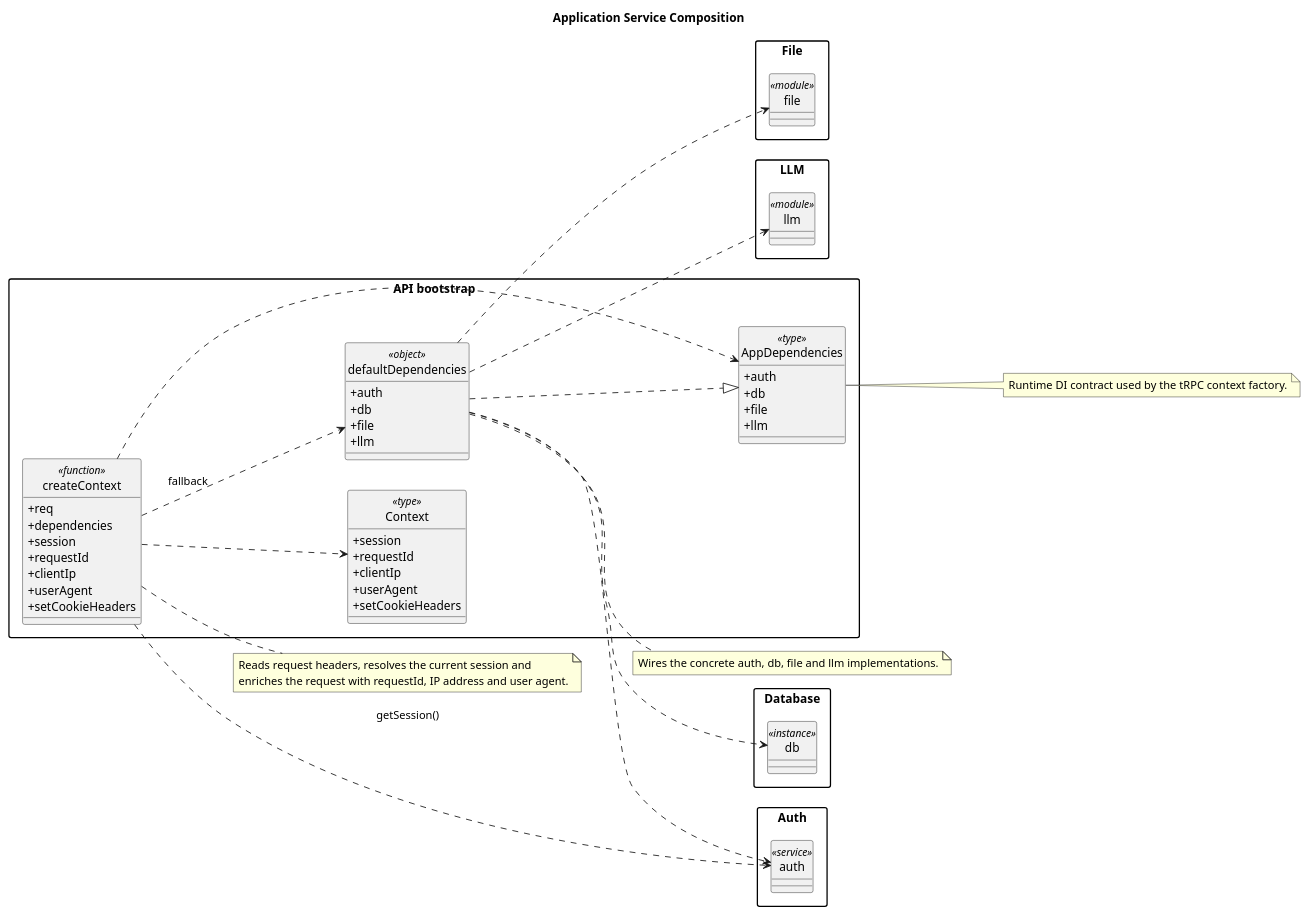
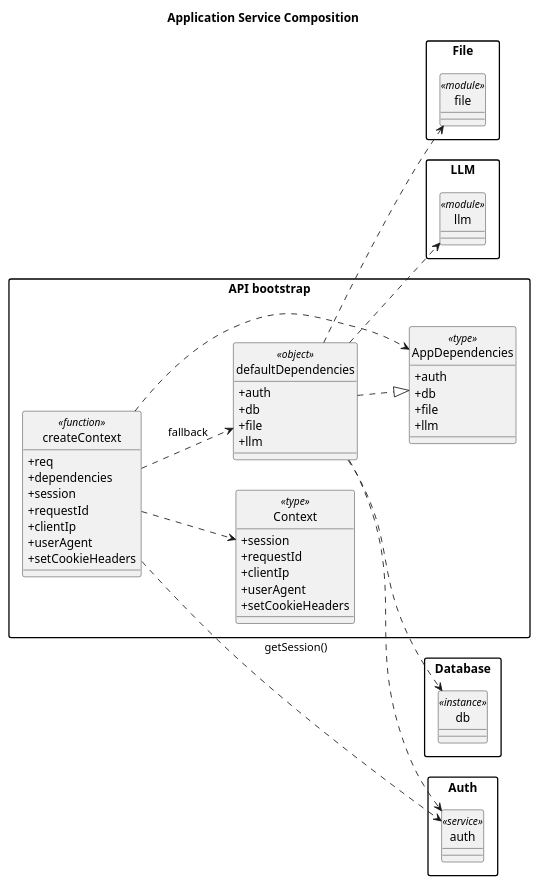
One commit to nifle3/diplom_work changed the diagram in docs/classDIagram/03_service_dependencies.puml. Above: the diagram before and after it, drawn with PlantUML. The commit also changed 6 other files, not shown here.

Commit message:
update class diagramm

```diff
--- a/docs/classDIagram/03_service_dependencies.puml
+++ b/docs/classDIagram/03_service_dependencies.puml
@@ -1,87 +1,74 @@
 @startuml
 left to right direction
 skinparam classAttributeIconSize 0
 skinparam packageStyle rectangle
 hide circle
 
 title Application Service Composition
 
 package "API bootstrap" {
   class AppDependencies <<type>> {
     +auth
     +db
     +file
     +llm
   }
 
   class defaultDependencies <<object>> {
     +auth
     +db
     +file
     +llm
   }
 
   class createContext <<function>> {
     +req
     +dependencies
     +session
     +requestId
     +clientIp
     +userAgent
     +setCookieHeaders
   }
 
   class Context <<type>> {
     +session
     +requestId
     +clientIp
     +userAgent
     +setCookieHeaders
   }
 }
 
 package "Auth" {
   class auth <<service>> {
   }
 }
 
 package "Database" {
   class db <<instance>> {
   }
 }
 
 package "File" {
   class file <<module>> {
   }
 }
 
 package "LLM" {
   class llm <<module>> {
   }
 }
 
 defaultDependencies ..> auth
 defaultDependencies ..> db
 defaultDependencies ..> file
 defaultDependencies ..> llm
 defaultDependencies ..|> AppDependencies
 
 createContext ..> AppDependencies
 createContext ..> defaultDependencies : fallback
 createContext ..> auth : getSession()
 createContext ..> Context
 
-note right of AppDependencies
-  Runtime DI contract used by the tRPC context factory.
-end note
-
-note right of defaultDependencies
-  Wires the concrete auth, db, file and llm implementations.
-end note
-
-note right of createContext
-  Reads request headers, resolves the current session and
-  enriches the request with requestId, IP address and user agent.
-end note
-
 @enduml
```
